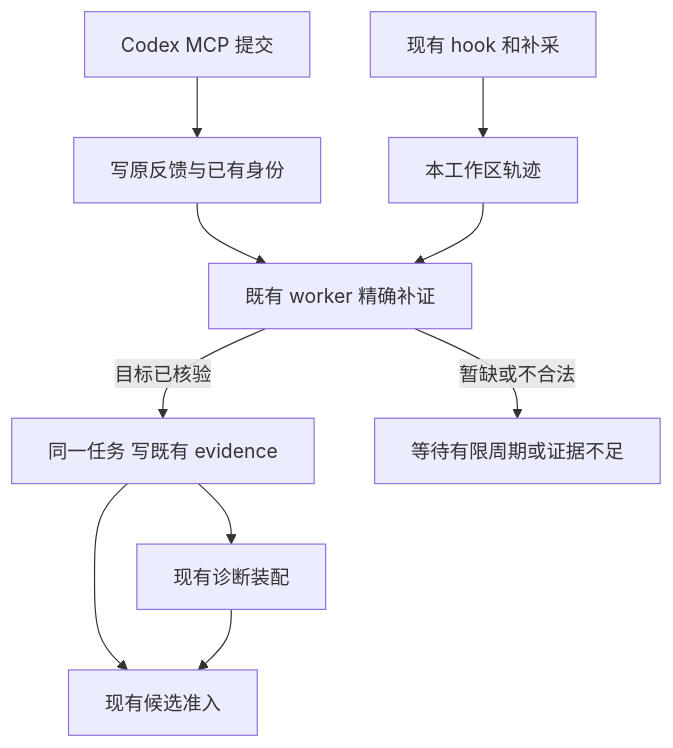
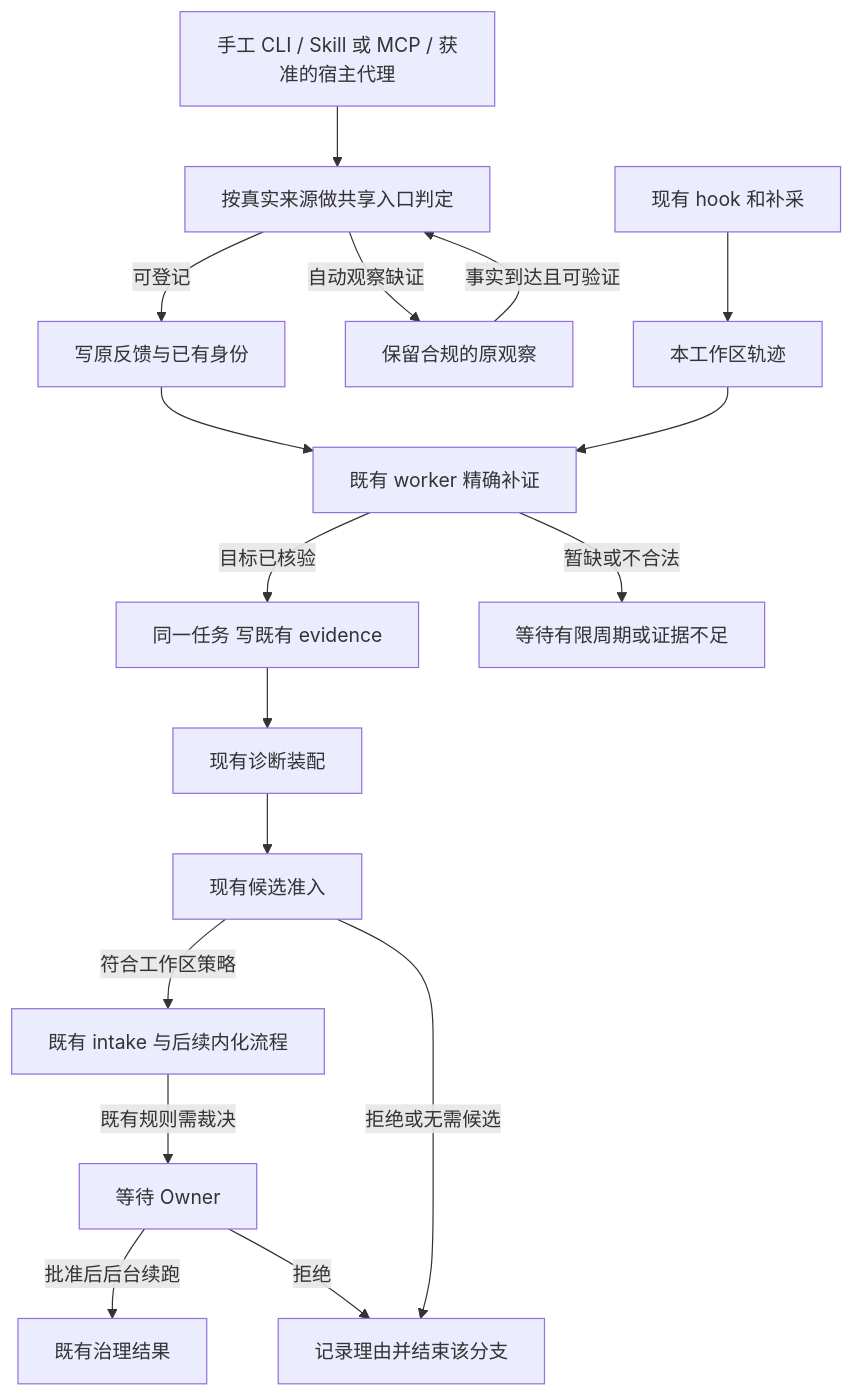
Before and after one commit to csuzngjh/principles: the diagram in docs/specs/SPEC-PD-FEEDBACK-RESILIENCE-001-TECHNICAL-DESIGN.md, drawn with Mermaid. The commit also changed other lines of this file and 1 other file, not shown here.

````diff
--- a/docs/specs/SPEC-PD-FEEDBACK-RESILIENCE-001-TECHNICAL-DESIGN.md
+++ b/docs/specs/SPEC-PD-FEEDBACK-RESILIENCE-001-TECHNICAL-DESIGN.md
@@ -35,12 +58,19 @@
 ```mermaid
 flowchart TD
-  A[Codex MCP 提交] --> B[写原反馈与已有身份]
+  A[手工 CLI / Skill 或 MCP / 获准的宿主代理] --> P[按真实来源做共享入口判定]
+  P -->|可登记| B[写原反馈与已有身份]
+  P -->|自动观察缺证| O[保留合规的原观察]
+  O -->|事实到达且可验证| P
   C[现有 hook 和补采] --> D[本工作区轨迹]
   B --> E[既有 worker 精确补证]
   D --> E
   E -->|目标已核验| F[同一任务 写既有 evidence]
   E -->|暂缺或不合法| G[等待有限周期或证据不足]
   F --> H[现有诊断装配]
-  F --> I[现有候选准入]
-  H --> I
+  H --> I[现有候选准入]
+  I -->|符合工作区策略| J[既有 intake 与后续内化流程]
+  I -->|拒绝或无需候选| K[记录理由并结束该分支]
+  J -->|既有规则需裁决| L[等待 Owner]
+  L -->|批准后后台续跑| M[既有治理结果]
+  L -->|拒绝| K
 ```
````
